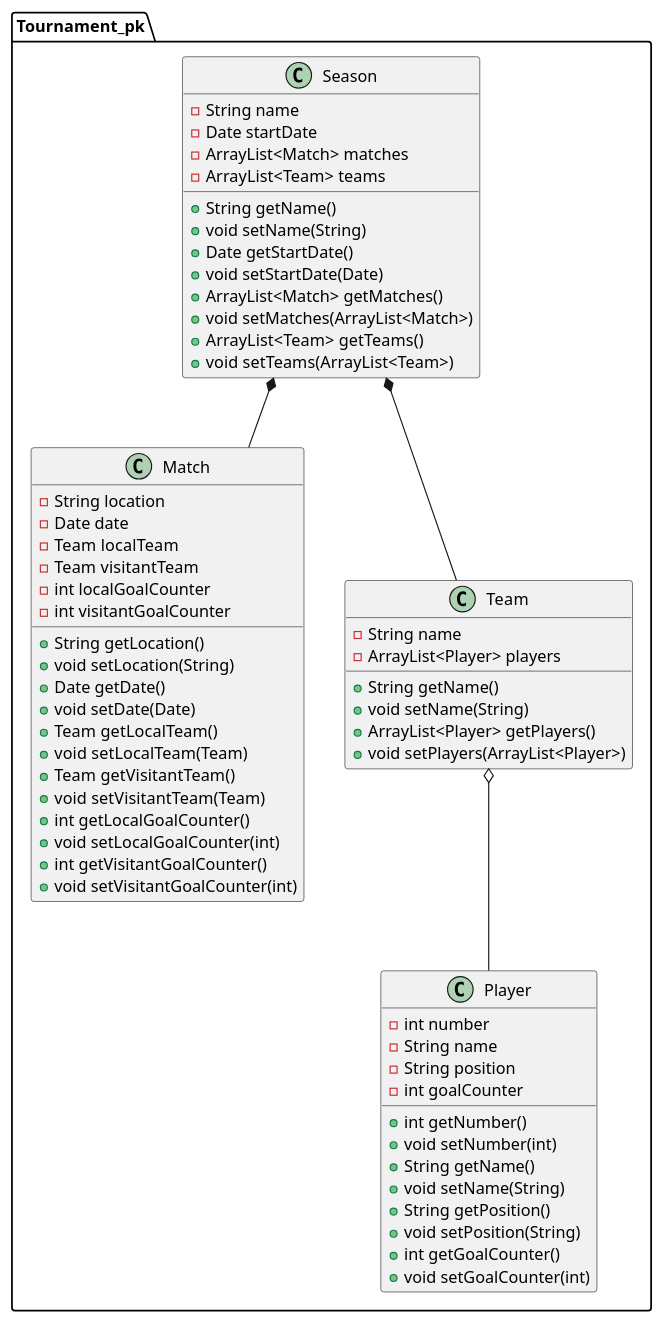
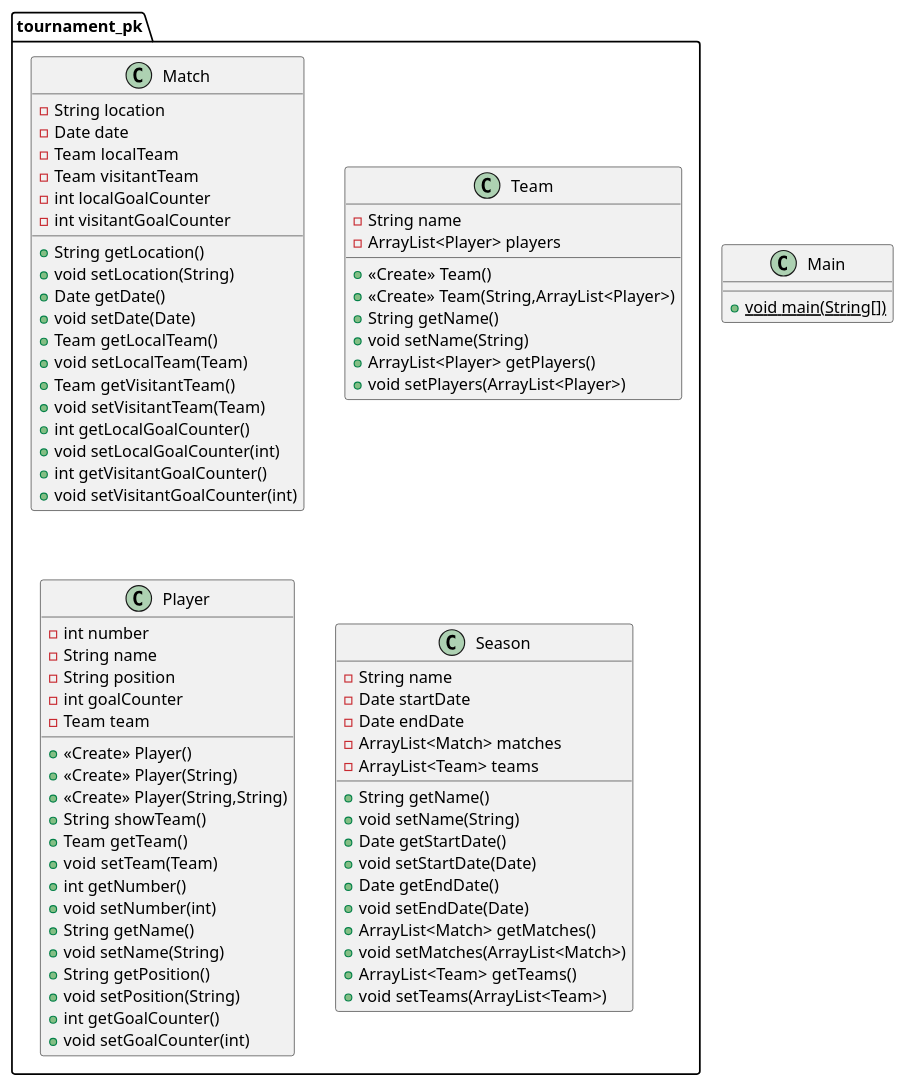
One commit to MalexD08/poo_davinci_tournament changed the diagram in class_diagram.puml. Above: the diagram before and after it, drawn with PlantUML.

Commit message:
docs: update diagram class

```diff
--- a/class_diagram.puml
+++ b/class_diagram.puml
@@ -1,66 +1,73 @@
 @startuml
-class Tournament_pk.Player {
-- int number
-- String name
-- String position
-- int goalCounter
-+ int getNumber()
-+ void setNumber(int)
-+ String getName()
-+ void setName(String)
-+ String getPosition()
-+ void setPosition(String)
-+ int getGoalCounter()
-+ void setGoalCounter(int)
-}
-class Tournament_pk.Match {
+class tournament_pk.Match {
 - String location
 - Date date
 - Team localTeam
 - Team visitantTeam
 - int localGoalCounter
 - int visitantGoalCounter
 + String getLocation()
 + void setLocation(String)
 + Date getDate()
 + void setDate(Date)
 + Team getLocalTeam()
 + void setLocalTeam(Team)
 + Team getVisitantTeam()
 + void setVisitantTeam(Team)
 + int getLocalGoalCounter()
 + void setLocalGoalCounter(int)
 + int getVisitantGoalCounter()
 + void setVisitantGoalCounter(int)
 }
-
-
-class Tournament_pk.Season {
+class tournament_pk.Team {
+- String name
+- ArrayList<Player> players
++ <<Create>> Team()
++ <<Create>> Team(String,ArrayList<Player>)
++ String getName()
++ void setName(String)
++ ArrayList<Player> getPlayers()
++ void setPlayers(ArrayList<Player>)
+}
+class Main {
++ {static} void main(String[])
+}
+class tournament_pk.Player {
+- int number
+- String name
+- String position
+- int goalCounter
+- Team team
++ <<Create>> Player()
++ <<Create>> Player(String)
++ <<Create>> Player(String,String)
++ String showTeam()
++ Team getTeam()
++ void setTeam(Team)
++ int getNumber()
++ void setNumber(int)
++ String getName()
++ void setName(String)
++ String getPosition()
++ void setPosition(String)
++ int getGoalCounter()
++ void setGoalCounter(int)
+}
+class tournament_pk.Season {
 - String name
 - Date startDate
+- Date endDate
 - ArrayList<Match> matches
 - ArrayList<Team> teams
 + String getName()
 + void setName(String)
 + Date getStartDate()
 + void setStartDate(Date)
++ Date getEndDate()
++ void setEndDate(Date)
 + ArrayList<Match> getMatches()
 + void setMatches(ArrayList<Match>)
 + ArrayList<Team> getTeams()
 + void setTeams(ArrayList<Team>)
 }
-
-Tournament_pk.Season *-- Tournament_pk.Team
-Tournament_pk.Season *-- Tournament_pk.Match
-Tournament_pk.Team o-- Tournament_pk.Player
-
-
-class Tournament_pk.Team {
-- String name
-- ArrayList<Player> players
-+ String getName()
-+ void setName(String)
-+ ArrayList<Player> getPlayers()
-+ void setPlayers(ArrayList<Player>)
-}
 @enduml
```
